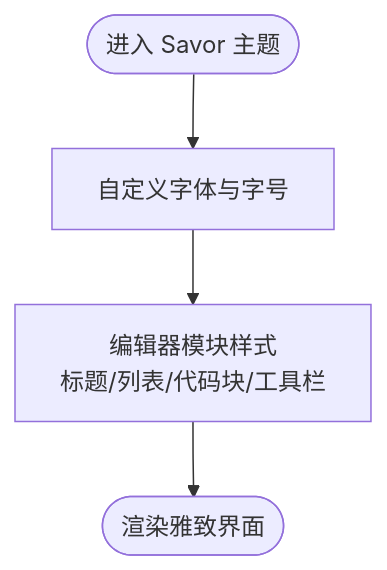
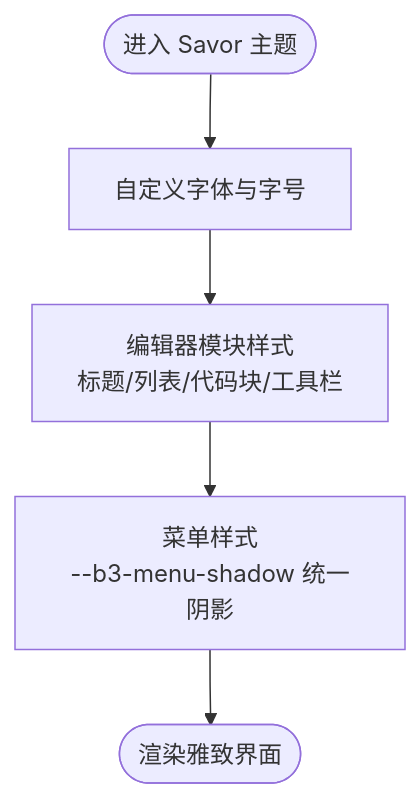
The sixth of 8 diagrams in .qoder/repowiki/zh/content/核心功能/主题系统/自定义主题开发/主题定制实例.md (terwer/siyuan-plugin-blog), drawn with Mermaid before and after one commit. The commit also changed other lines of this file and 6 other files, not shown here.

````diff
--- a/.qoder/repowiki/zh/content/核心功能/主题系统/自定义主题开发/主题定制实例.md
+++ b/.qoder/repowiki/zh/content/核心功能/主题系统/自定义主题开发/主题定制实例.md
@@ -232,6 +262,7 @@
 ```mermaid
 flowchart TD
 Start(["进入 Savor 主题"]) --> Font["自定义字体与字号"]
 Font --> Editor["编辑器模块样式<br/>标题/列表/代码块/工具栏"]
-Editor --> Render(["渲染雅致界面"])
+Editor --> Menu["菜单样式<br/>--b3-menu-shadow 统一阴影"]
+Menu --> Render(["渲染雅致界面"])
 ```
````
